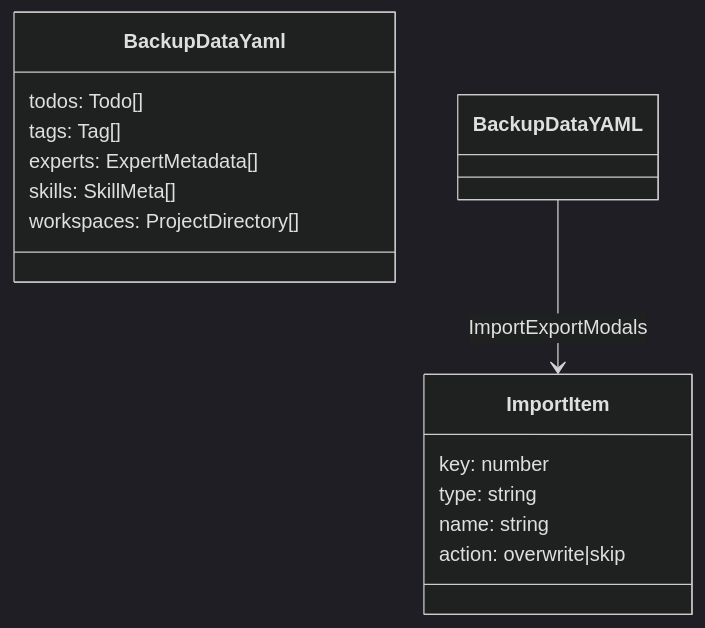
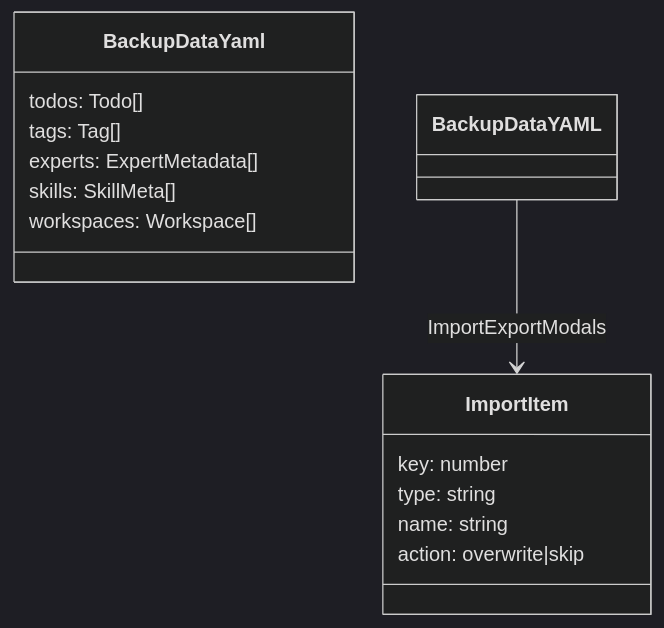
The third of 4 diagrams in frontend/src/help/pages/settings-tab-backup.md (weibaohui/ntd), drawn with Mermaid (dark theme) before and after one commit. The commit also changed 122 other files, not shown here.

First line of the commit message:
refactor(104): 工作空间命名统一——project_directory 全套改为 workspace (#1054)

````diff
--- a/frontend/src/help/pages/settings-tab-backup.md
+++ b/frontend/src/help/pages/settings-tab-backup.md
@@ -41,17 +41,17 @@
 ```mermaid
 classDiagram
   class BackupDataYaml {
     todos: Todo[]
     tags: Tag[]
     experts: ExpertMetadata[]
     skills: SkillMeta[]
-    workspaces: ProjectDirectory[]
+    workspaces: Workspace[]
   }
   class ImportItem {
     key: number
     type: string
     name: string
     action: overwrite|skip
   }
   BackupDataYAML --> ImportItem: ImportExportModals
 ```
````
